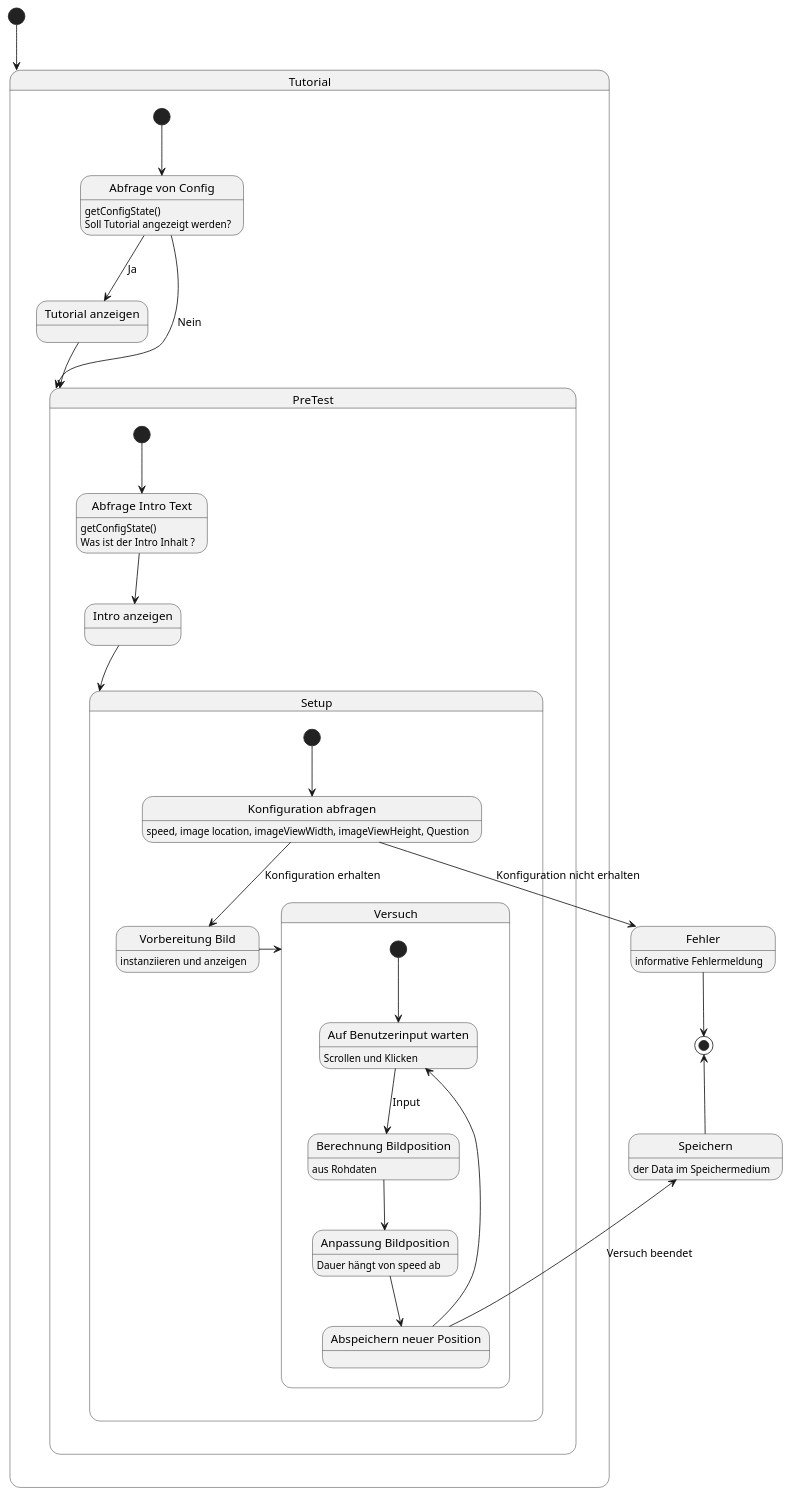
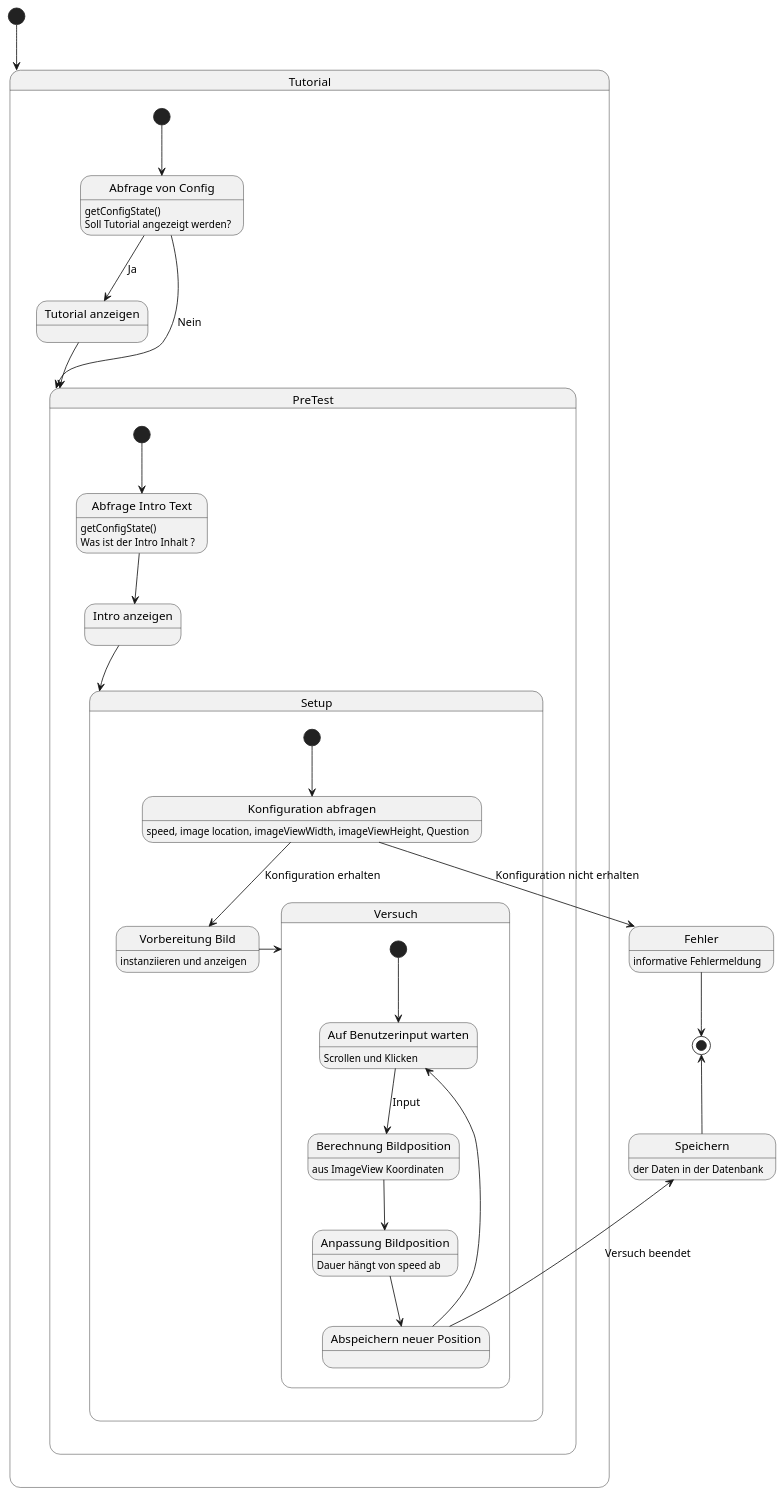
Before and after one commit to weichware-10/dokumente: the diagram in uml-state/zoommaps/zustand-zoommaps.puml, drawn with PlantUML.

Commit message:
[update] alles überarbeitet

```diff
--- a/uml-state/zoommaps/zustand-zoommaps.puml
+++ b/uml-state/zoommaps/zustand-zoommaps.puml
@@ -1,48 +1,48 @@
 @startuml zoommaps
 state "Fehler" as err : informative Fehlermeldung
-state Speichern : der Data im Speichermedium
+state Speichern : der Daten in der Datenbank
 
 state "Tutorial" as t {
     state "Abfrage von Config" as ac : getConfigState()\nSoll Tutorial angezeigt werden?
     state "Tutorial anzeigen" as ta
     [*] --> ac
     ac --> ta : Ja
     ac --> p : Nein
     ta --> p
 }
 
 state "PreTest" as p {
     state "Abfrage Intro Text" as it : getConfigState()\nWas ist der Intro Inhalt ?
     state "Intro anzeigen" as ia
     [*] --> it
     it --> ia
     ia --> s
 }
 
 state "Setup" as s {
     state "Konfiguration abfragen" as ka : speed, image location, imageViewWidth, imageViewHeight, Question
     state "Vorbereitung Bild" as vb : instanziieren und anzeigen
     [*] --> ka
     ka --> vb : Konfiguration erhalten
     ka -d-> err : Konfiguration nicht erhalten
     vb -l-> v
 }
 
 state "Versuch" as v {
     state "Auf Benutzerinput warten" as bi : Scrollen und Klicken
-    state "Berechnung Bildposition" as bb : aus Rohdaten
+    state "Berechnung Bildposition" as bb : aus ImageView Koordinaten
     state "Anpassung Bildposition" as ab : Dauer hängt von speed ab
     state "Abspeichern neuer Position" as ap
     [*] --> bi
     bi --> bb : Input
     bb --> ab
     ab --> ap
     ap --> bi
     ap -u-> Speichern : Versuch beendet
 }
 
 [*] --> t
 Speichern -u-> [*]
 err -d-> [*]
 
 @enduml
```
